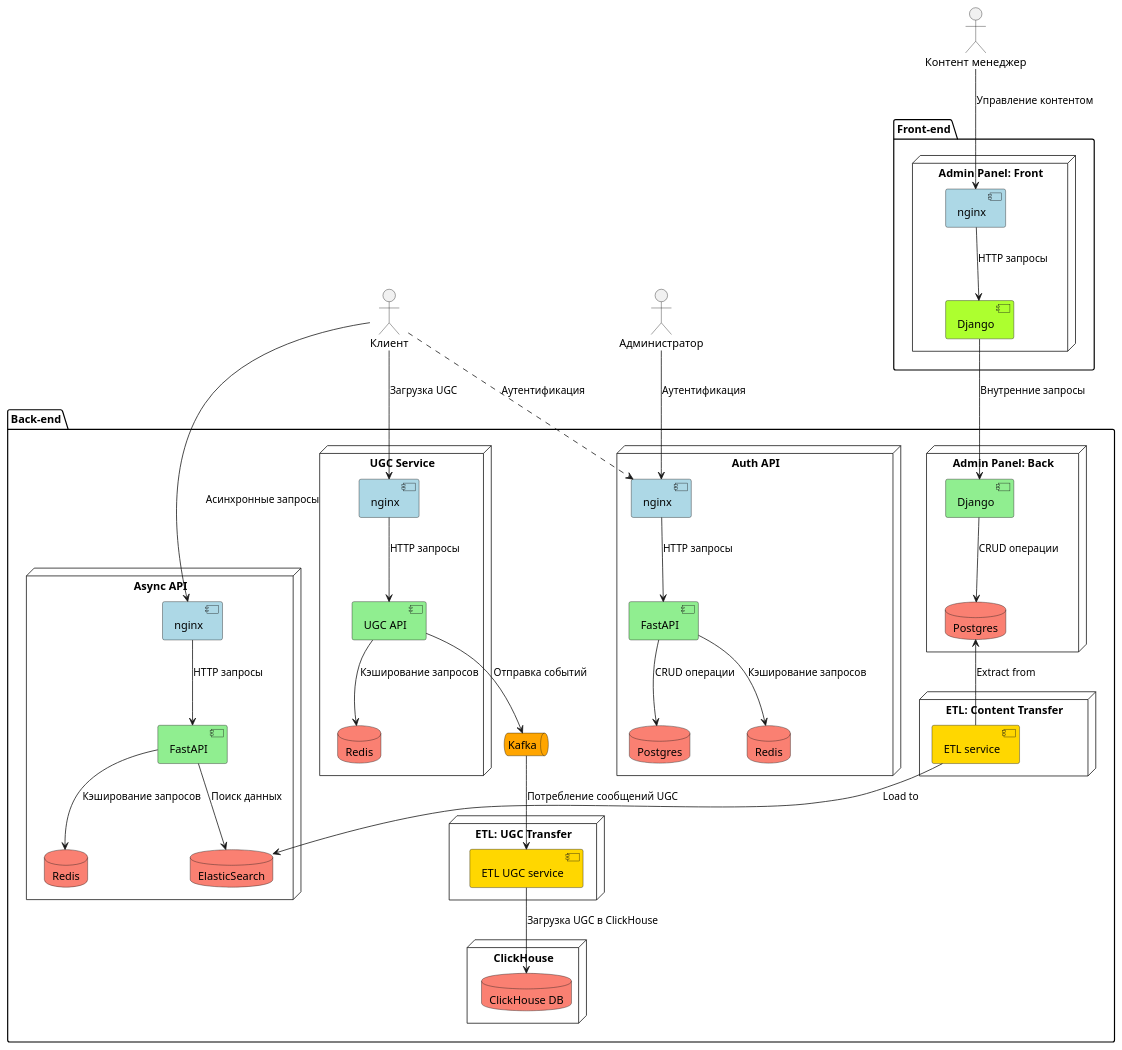
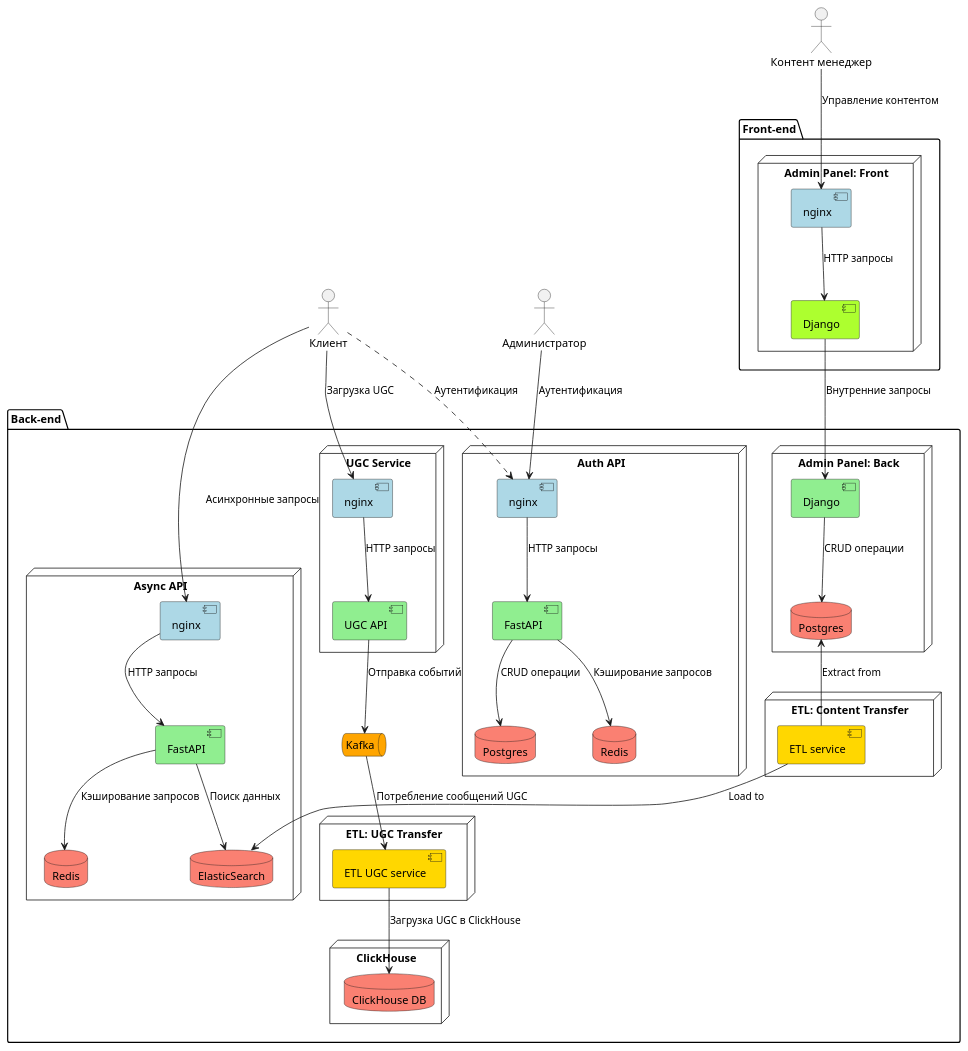
The diagram in system_design/to_be.puml (andrewponomarev/ugc_sprint_1), drawn with PlantUML before and after one commit.

Commit message:
drop ugc redis

```diff
--- a/system_design/to_be.puml
+++ b/system_design/to_be.puml
@@ -1,85 +1,83 @@
 @startuml
 actor Клиент as client
 actor "Контент менеджер" as content_manager
 actor Администратор as admin
 
 package "Front-end" {
     node "Admin Panel: Front" {
         component nginx as admin_nginx #LightBlue
         component Django as admin_engine #GreenYellow
 
         admin_nginx --> admin_engine : "HTTP запросы"
     }
 }
 
 package "Back-end" {
     node "Async API" {
         component nginx as async_nginx #LightBlue
         component FastAPI as async_engine #LightGreen
         database ElasticSearch as async_db #Salmon
         database Redis as async_cache #Salmon
 
         async_nginx --> async_engine : "HTTP запросы"
         async_engine --> async_cache : "Кэширование запросов"
         async_engine --> async_db : "Поиск данных"
     }
 
     node "Admin Panel: Back" {
         component Django as admin_engine_back #LightGreen
         database Postgres as admin_db #Salmon
 
         admin_engine --> admin_engine_back : "Внутренние запросы"
         admin_engine_back --> admin_db : "CRUD операции"
     }
 
     node "ETL: Content Transfer" {
         component "ETL service" as etl_content_transfer #Gold
     }
 
     node "UGC Service" {
         component nginx as ugc_nginx #LightBlue
         component "UGC API" as ugc_api #LightGreen
-        database "Redis" as ugc_cache #Salmon
 
         ugc_nginx --> ugc_api : "HTTP запросы"
-        ugc_api --> ugc_cache : "Кэширование запросов"
     }
 
     queue "Kafka" as kafka #Orange
 
     node "ClickHouse" {
         database "ClickHouse DB" as clickhouse_db #Salmon
     }
 
     node "ETL: UGC Transfer" {
         component "ETL UGC service" as etl_ugc_transfer #Gold
     }
 
     node "Auth API" {
         component nginx as auth_nginx #LightBlue
         component FastAPI as auth_engine #LightGreen
         database Postgres as auth_db #Salmon
         database Redis as auth_cache #Salmon
 
         auth_nginx --> auth_engine : "HTTP запросы"
         auth_engine --> auth_db : "CRUD операции"
         auth_engine --> auth_cache : "Кэширование запросов"
     }
 }
 
 client ..> auth_nginx : "Аутентификация"
 client --> async_nginx : "Асинхронные запросы"
 admin --> auth_nginx : "Аутентификация"
 content_manager --> admin_nginx : "Управление контентом"
 
 client --> ugc_nginx: "Загрузка UGC"
 ugc_api --> kafka : "Отправка событий"
 
 kafka --> etl_ugc_transfer : "Потребление сообщений UGC"
 etl_ugc_transfer --> clickhouse_db : "Загрузка UGC в ClickHouse"
 
 etl_content_transfer -up-> admin_db : "Extract from"
 etl_content_transfer -down-> async_db : "Load to"
 
 skinparam componentStyle ellipse
 @enduml
```
